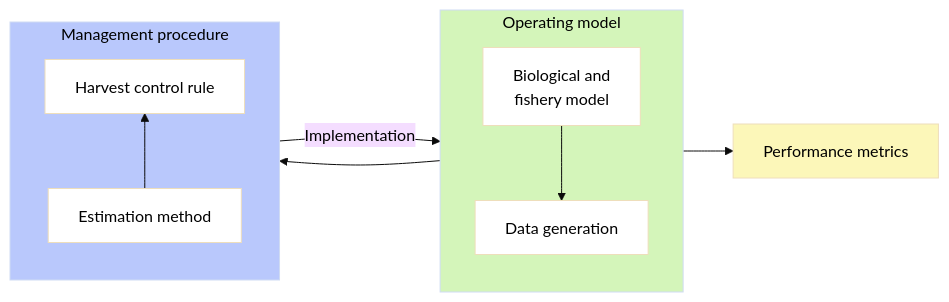
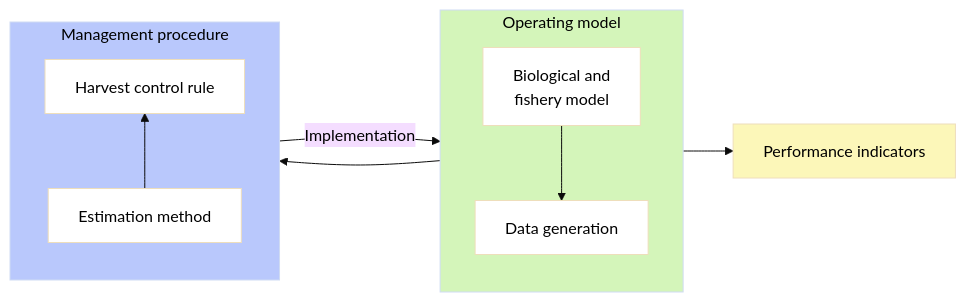
Before and after one commit to ICCAT/nalb-mse-2: the first of 2 diagrams in docs/TechSpec/Trial_Specs.qmd, drawn with Mermaid (base theme). The commit also changed other lines of this file and 92 other files, not shown here.

````diff
--- a/docs/TechSpec/Trial_Specs.qmd
+++ b/docs/TechSpec/Trial_Specs.qmd
@@ -101,33 +65,33 @@
 ```{mermaid}
 %%| label: fig-mse
 %%| fig-cap: Management strategy evaluation (MSE) framework.
 flowchart LR
     subgraph B1["Operating model"]
         direction TB
         i1["Biological and <br> fishery model"]
         f1["Data generation"]
     end
 
     subgraph B2["Management procedure"]
         direction BT
         i2["Estimation method"] 
         f2["Harvest control rule"]
     end
     f1 --> i2
     f2 --Implementation--> i1
     i1 --> f1
     i2 --> f2
-    B1 --> i3["Performance metrics"]
+    B1 --> i3["Performance indicators"]
     style B1 fill:#d4f5ba
     style B2 fill:#b9c8fc
     style i3 fill:#fcf7b9
     style i1 fill:#ffffff
     style f1 fill:#ffffff
     style i2 fill:#ffffff
     style f2 fill:#ffffff
     
     %% Set all nodes to black text
     linkStyle default color:#000000
     classDef blackText color:#000000;
     class i1,f1,i2,f2,i3,B1,B2 blackText;
 ```
````
